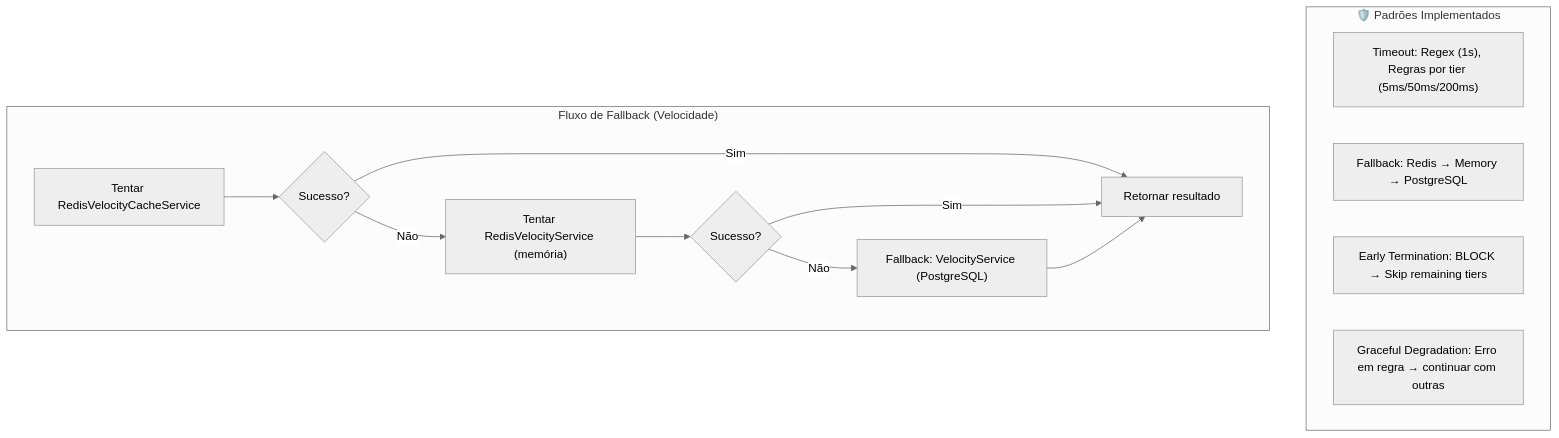
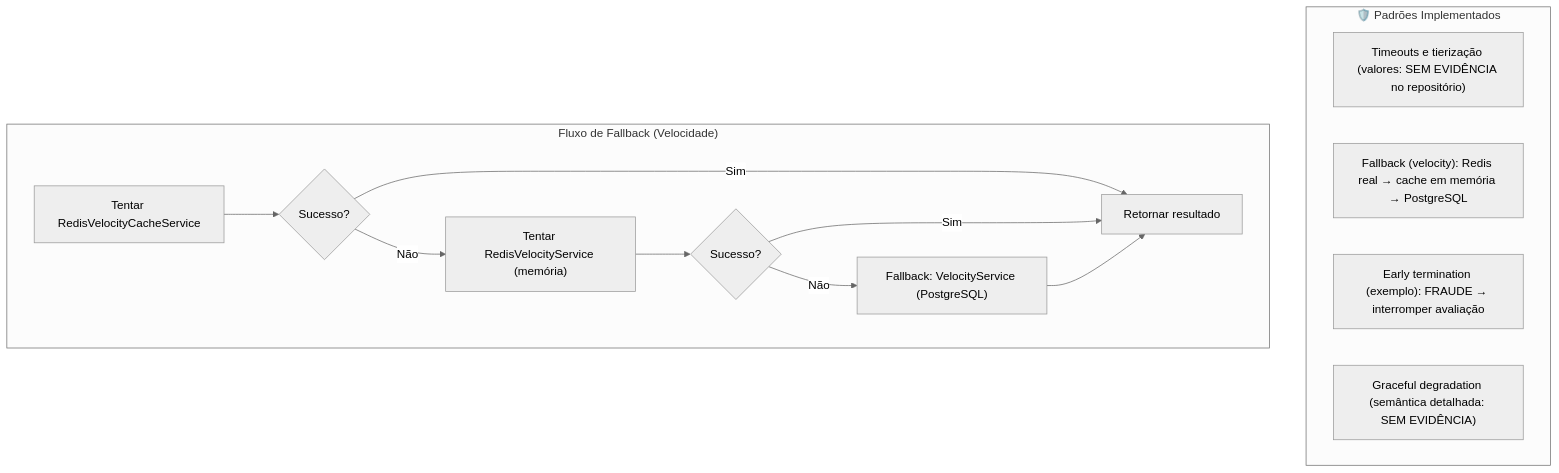
Before and after one commit to FELIPEACASTRO/RULEX: diagram 41 of 44 in docs/DIAGRAMAS.md, drawn with Mermaid (neutral theme). The commit also changed other lines of this file and 7 other files, not shown here.

Commit message:
docs(diagramas): normalize /api endpoints and de-hallucinate flows

````diff
--- a/docs/DIAGRAMAS.md
+++ b/docs/DIAGRAMAS.md
@@ -4745,26 +4812,26 @@
 ```mermaid
 flowchart TD
     subgraph Patterns["🛡️ Padrões Implementados"]
-        P1["Timeout: Regex (1s), Regras por tier (5ms/50ms/200ms)"]
-        P2["Fallback: Redis → Memory → PostgreSQL"]
-        P3["Early Termination: BLOCK → Skip remaining tiers"]
-        P4["Graceful Degradation: Erro em regra → continuar com outras"]
+      P1["Timeouts e tierização (valores: SEM EVIDÊNCIA no repositório)"]
+      P2["Fallback (velocity): Redis real → cache em memória → PostgreSQL"]
+      P3["Early termination (exemplo): FRAUDE → interromper avaliação"]
+      P4["Graceful degradation (semântica detalhada: SEM EVIDÊNCIA)"]
     end
     
     subgraph Flow["Fluxo de Fallback (Velocidade)"]
         F1["Tentar RedisVelocityCacheService"]
         F2{"Sucesso?"}
         F3["Tentar RedisVelocityService (memória)"]
         F4{"Sucesso?"}
         F5["Fallback: VelocityService (PostgreSQL)"]
         F6["Retornar resultado"]
     end
     
     F1 --> F2
     F2 -->|Sim| F6
     F2 -->|Não| F3
     F3 --> F4
     F4 -->|Sim| F6
     F4 -->|Não| F5
     F5 --> F6
 ```
````
